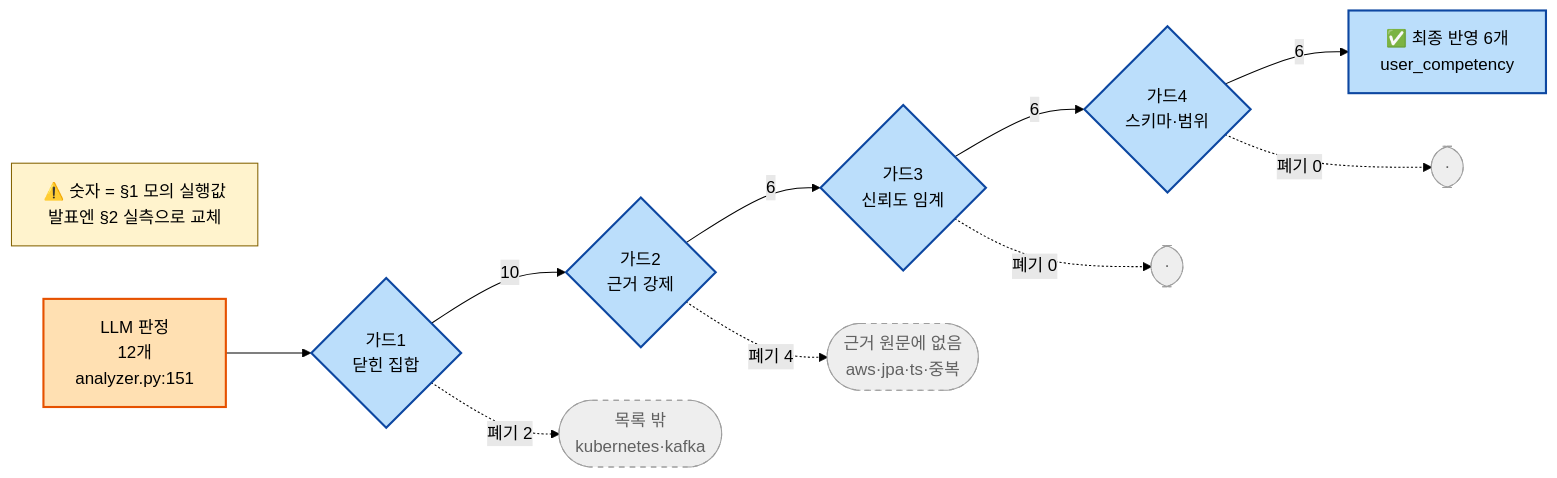
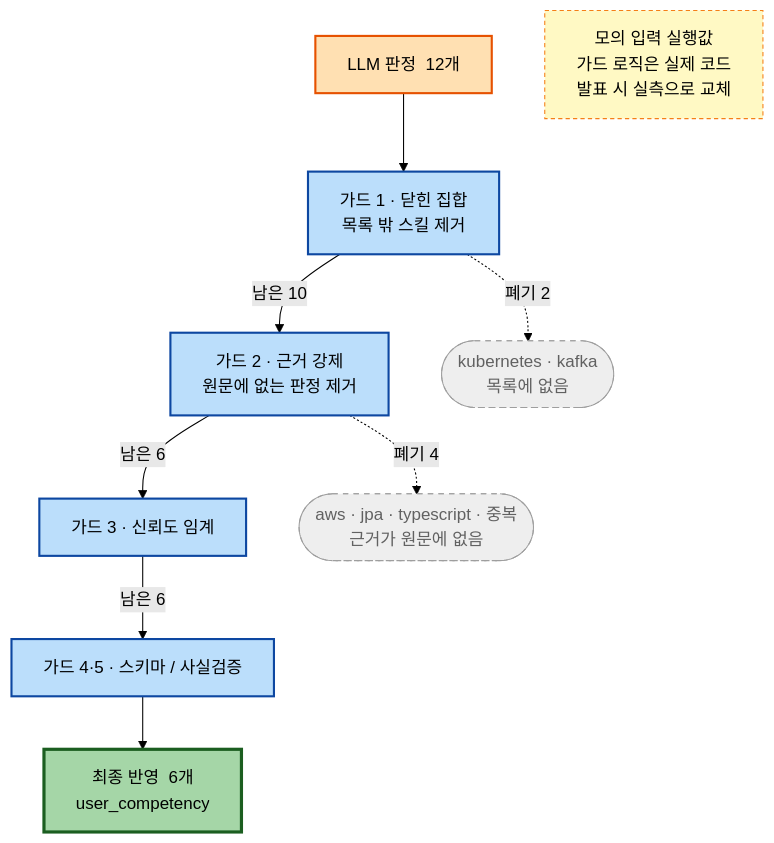
One commit to myith-sw/myith-worker changed the second of 3 diagrams in docs/ai-pipeline.md. Above: the diagram before and after it, drawn with Mermaid (forest theme). The commit also changed other lines of this file, not shown here.

First line of the commit message:
docs: ai-pipeline 다이어그램 3장 교체 — 판독성 단순화(그림1) + 가드 깔때기 정리(그림2) + 장애주입 강화(그림3)

````diff
--- a/docs/ai-pipeline.md
+++ b/docs/ai-pipeline.md
@@ -74,18 +54,20 @@
 ```mermaid
-flowchart LR
-    NOTE["⚠️ 숫자 = §1 모의 실행값<br/>발표엔 §2 실측으로 교체"]:::note
-    L["LLM 판정<br/>12개<br/>analyzer.py:151"]:::llm --> G1{"가드1<br/>닫힌 집합"}:::det
-    G1 -->|"10"| G2{"가드2<br/>근거 강제"}:::det
-    G1 -. "폐기 2" .-> X1([목록 밖<br/>kubernetes·kafka]):::drop
-    G2 -->|"6"| G3{"가드3<br/>신뢰도 임계"}:::det
-    G2 -. "폐기 4" .-> X2([근거 원문에 없음<br/>aws·jpa·ts·중복]):::drop
-    G3 -->|"6"| G4{"가드4<br/>스키마·범위"}:::det
-    G3 -. "폐기 0" .-> X3([·]):::drop
-    G4 -->|"6"| ACC["✅ 최종 반영 6개<br/>user_competency"]:::det
-    G4 -. "폐기 0" .-> X4([·]):::drop
+flowchart TB
+    L["LLM 판정 &nbsp;12개"]:::llm
+    L --> G1["가드 1 · 닫힌 집합<br/>목록 밖 스킬 제거"]:::det
+    G1 -->|"남은 10"| G2["가드 2 · 근거 강제<br/>원문에 없는 판정 제거"]:::det
+    G2 -->|"남은 6"| G3["가드 3 · 신뢰도 임계"]:::det
+    G3 -->|"남은 6"| G45["가드 4·5 · 스키마 / 사실검증"]:::det
+    G45 --> ACC["최종 반영 &nbsp;6개<br/>user_competency"]:::ok
 
-    classDef llm fill:#ffe0b2,stroke:#e65100,stroke-width:2px,color:#000;
-    classDef det fill:#bbdefb,stroke:#0d47a1,stroke-width:2px,color:#000;
-    classDef drop fill:#eeeeee,stroke:#9e9e9e,stroke-dasharray:5 5,color:#616161;
-    classDef note fill:#fff3cd,stroke:#856404,stroke-width:1px,color:#000;
+    G1 -. "폐기 2" .-> X1(["kubernetes · kafka<br/>목록에 없음"]):::drop
+    G2 -. "폐기 4" .-> X2(["aws · jpa · typescript · 중복<br/>근거가 원문에 없음"]):::drop
+
+    NOTE["모의 입력 실행값<br/>가드 로직은 실제 코드<br/>발표 시 실측으로 교체"]:::note
+
+    classDef llm fill:#ffe0b2,stroke:#e65100,stroke-width:2px,color:#000
+    classDef det fill:#bbdefb,stroke:#0d47a1,stroke-width:2px,color:#000
+    classDef drop fill:#eeeeee,stroke:#9e9e9e,stroke-dasharray:5 5,color:#616161
+    classDef ok fill:#a5d6a7,stroke:#1b5e20,stroke-width:3px,color:#000
+    classDef note fill:#fff9c4,stroke:#f57f17,stroke-dasharray:4 3,color:#000
 ```
````
